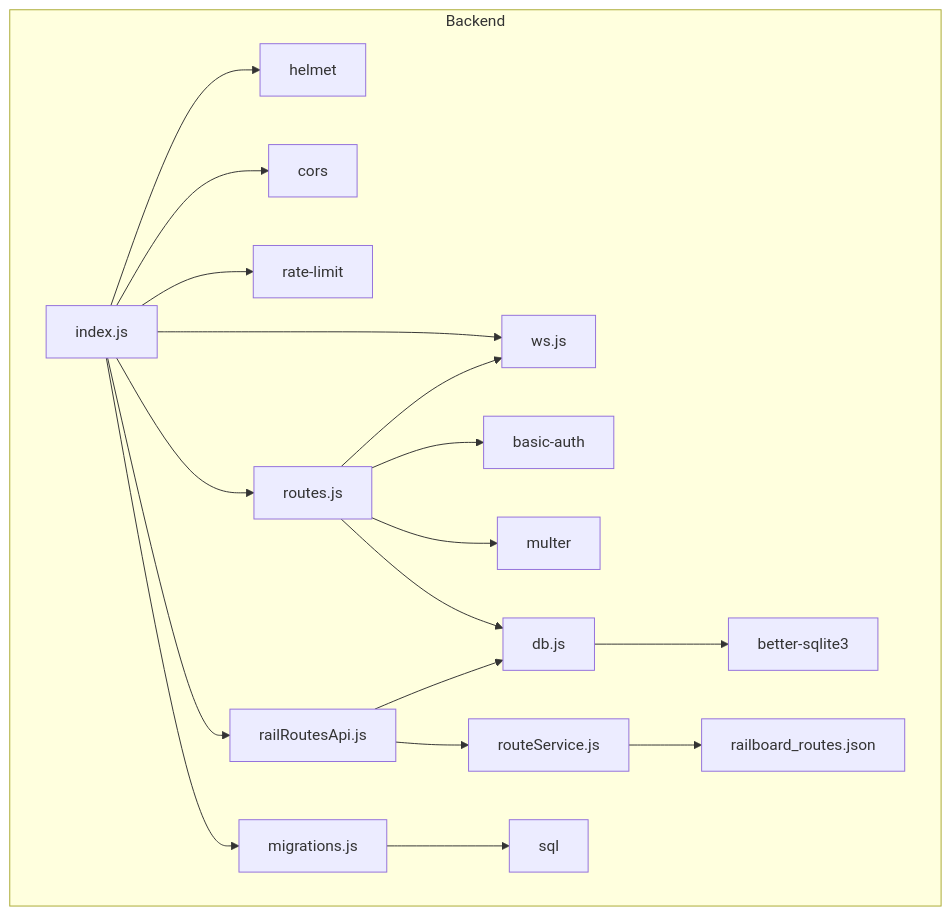
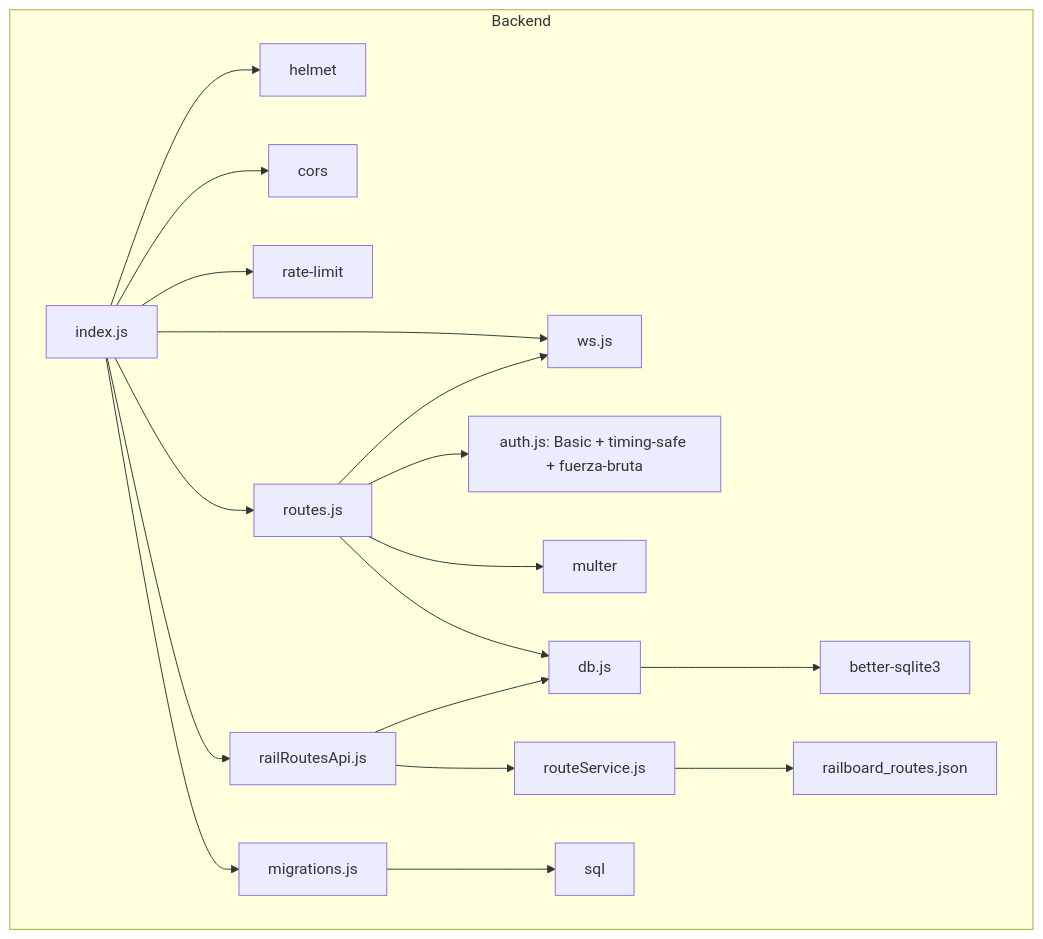
Before and after one commit to andreums/railboard: the third of 6 diagrams in docs/architecture.md, drawn with Mermaid. The commit also changed other lines of this file and 6 other files, not shown here.

````diff
--- a/docs/architecture.md
+++ b/docs/architecture.md
@@ -84,26 +84,26 @@
 ```mermaid
 graph TD
     subgraph Backend
         idx[index.js]
         idx --> helmet[helmet]
         idx --> cors[cors]
         idx --> rl[rate-limit]
         idx --> r[routes.js]
         idx --> api[railRoutesApi.js]
         idx --> ws[ws.js]
         idx --> mig[migrations.js]
 
-        r --> auth[basic-auth]
+        r --> auth[auth.js: Basic + timing-safe + fuerza-bruta]
         r --> multer[multer]
         r --> db[db.js]
         r --> ws
 
         api --> db
         api --> rs[routeService.js]
 
         db --> sqlite[better-sqlite3]
         rs --> json[railboard_routes.json]
 
         mig --> sql
     end
 ```
````
